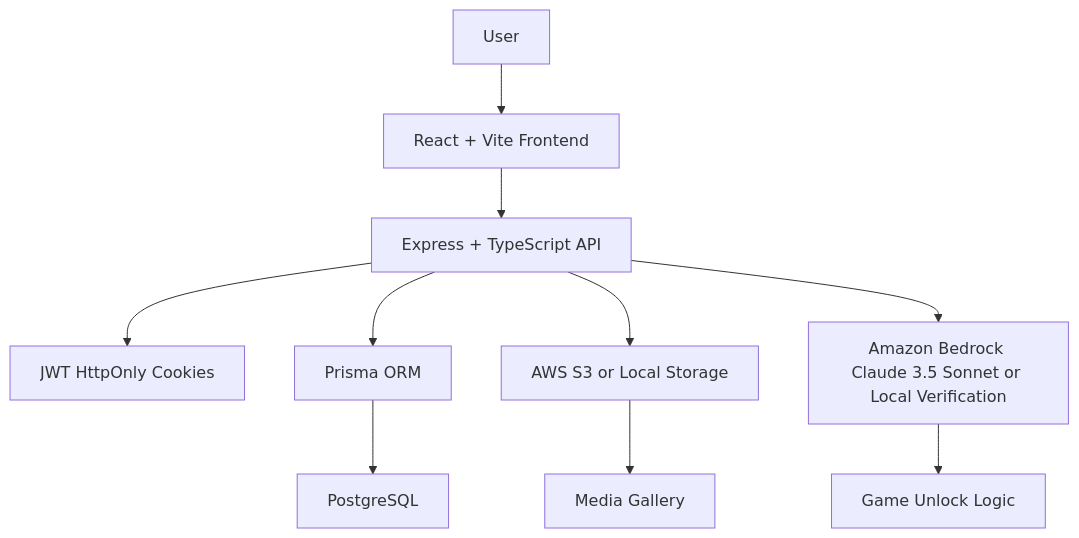
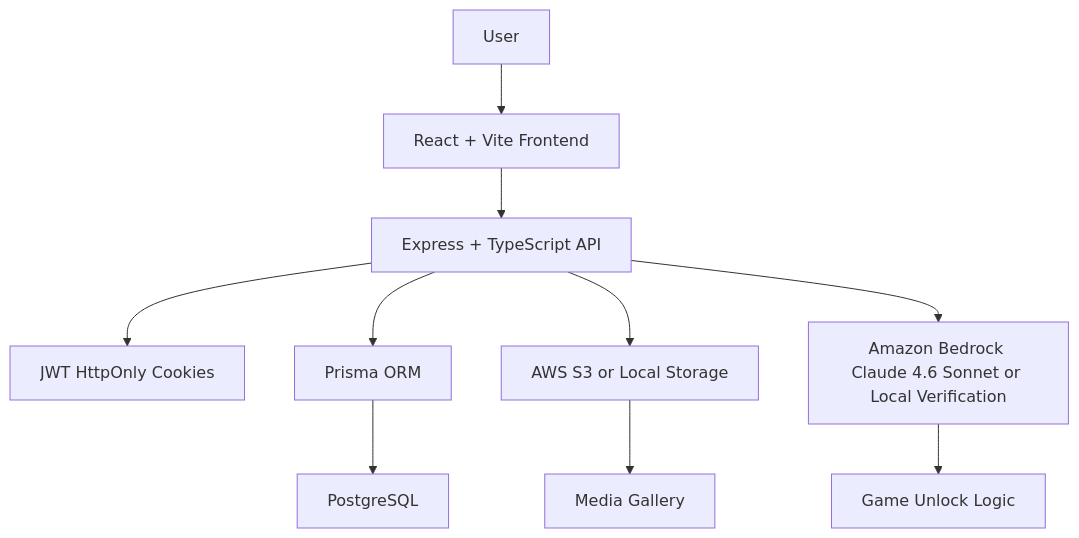
The diagram in README.md (shree2402/ProArcade), drawn with Mermaid before and after one commit. The commit also changed other lines of this file, not shown here.

Commit message:
Update README for Amazon Bedrock Claude version change

````diff
--- a/README.md
+++ b/README.md
@@ -44,12 +44,12 @@
 ```mermaid
 flowchart TD
   User["User"] --> Frontend["React + Vite Frontend"]
   Frontend --> Backend["Express + TypeScript API"]
   Backend --> Auth["JWT HttpOnly Cookies"]
   Backend --> Prisma["Prisma ORM"]
   Prisma --> Postgres["PostgreSQL"]
   Backend --> S3["AWS S3 or Local Storage"]
-  Backend --> Bedrock["Amazon Bedrock Claude 3.5 Sonnet or Local Verification"]
+  Backend --> Bedrock["Amazon Bedrock Claude 4.6 Sonnet or Local Verification"]
   S3 --> Gallery["Media Gallery"]
   Bedrock --> Game["Game Unlock Logic"]
 ```
````
